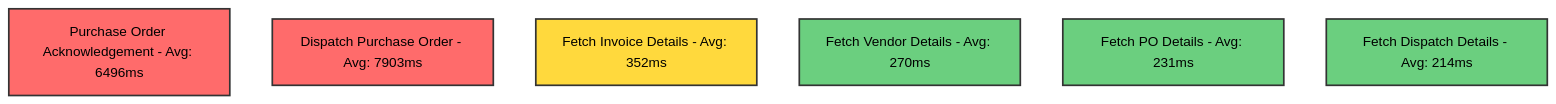
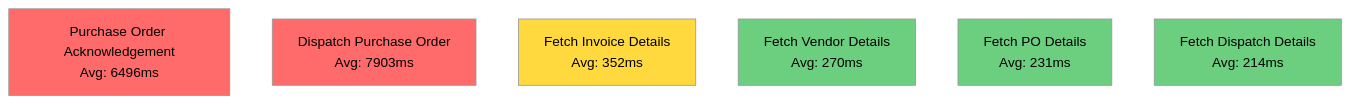
The first of 5 diagrams in vendor-portal-report.md (gohilmahaveer/json-format-service), drawn with Mermaid (neutral theme) before and after one commit. The commit also changed other lines of this file, not shown here.

````diff
--- a/vendor-portal-report.md
+++ b/vendor-portal-report.md
@@ -55,16 +55,16 @@
 ```mermaid
 flowchart TB
-    A[Purchase Order Acknowledgement - Avg: 6496ms] 
-    B[Dispatch Purchase Order - Avg: 7903ms]
-    C[Fetch Invoice Details - Avg: 352ms]
-    D[Fetch Vendor Details - Avg: 270ms]
-    E[Fetch PO Details - Avg: 231ms]
-    F[Fetch Dispatch Details - Avg: 214ms]
+    A["Purchase Order Acknowledgement<br/>Avg: 6496ms"] 
+    B["Dispatch Purchase Order<br/>Avg: 7903ms"]
+    C["Fetch Invoice Details<br/>Avg: 352ms"]
+    D["Fetch Vendor Details<br/>Avg: 270ms"]
+    E["Fetch PO Details<br/>Avg: 231ms"]
+    F["Fetch Dispatch Details<br/>Avg: 214ms"]
     
-    style A fill:#ff6b6b,stroke:#333,stroke-width:2px
-    style B fill:#ff6b6b,stroke:#333,stroke-width:2px
-    style C fill:#ffd93d,stroke:#333,stroke-width:2px
-    style D fill:#6bcf7f,stroke:#333,stroke-width:2px
-    style E fill:#6bcf7f,stroke:#333,stroke-width:2px
-    style F fill:#6bcf7f,stroke:#333,stroke-width:2px
+    style A fill:#ff6b6b
+    style B fill:#ff6b6b
+    style C fill:#ffd93d
+    style D fill:#6bcf7f
+    style E fill:#6bcf7f
+    style F fill:#6bcf7f
 ```
````
